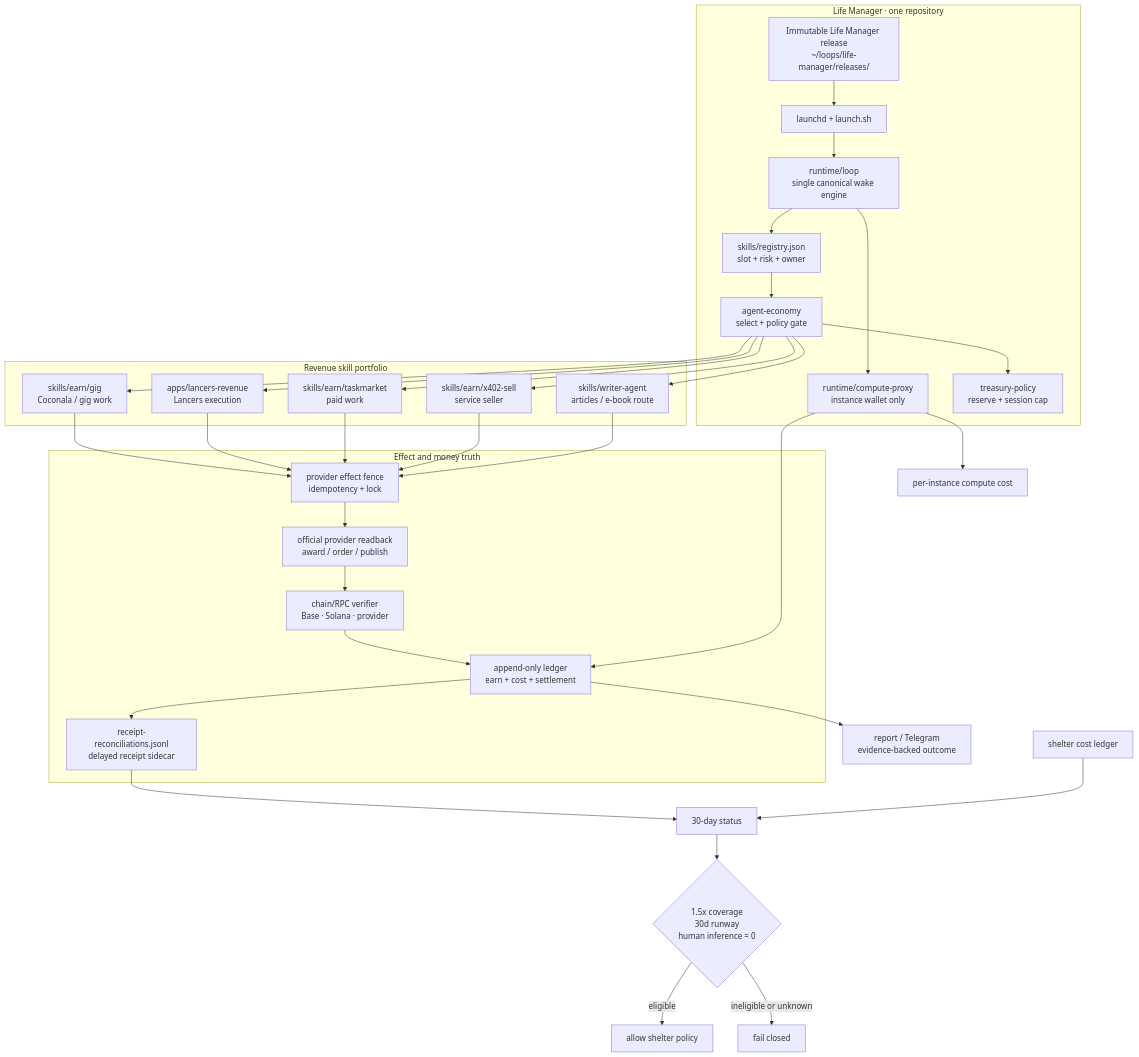
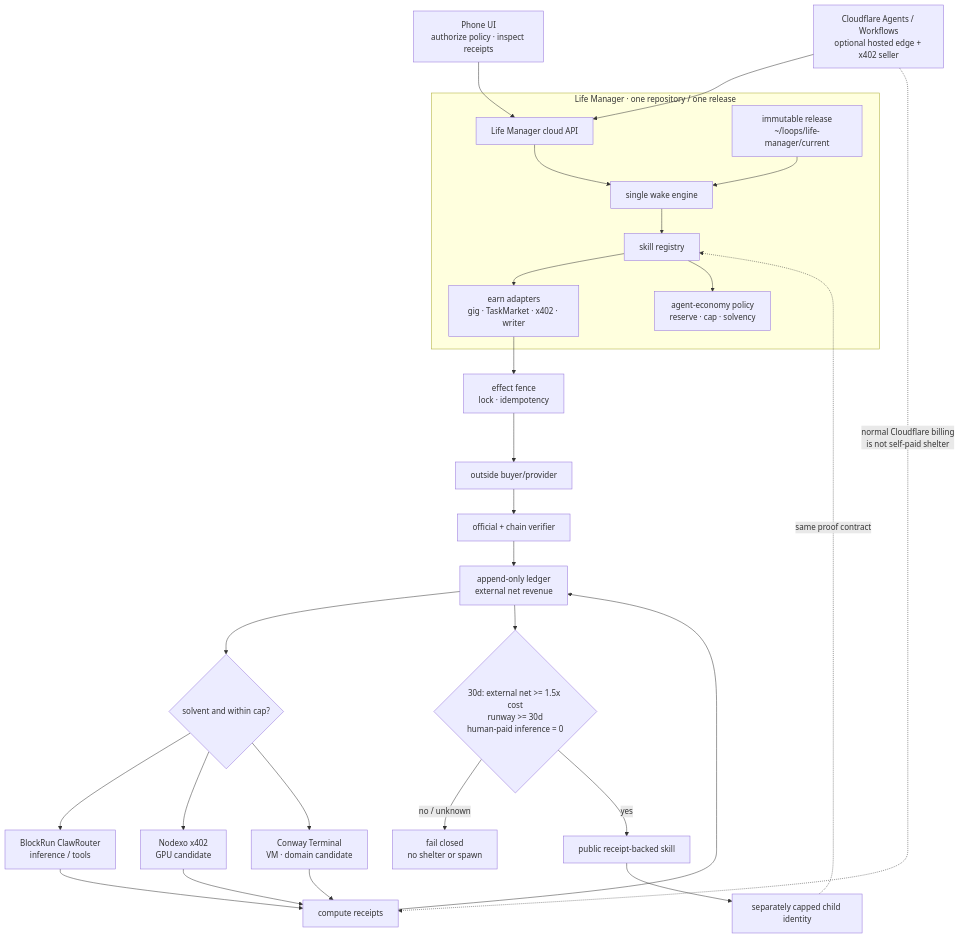
The diagram in docs/superpowers/specs/2026-08-21-agent-economy-design.md (Daisuke134/anicca), drawn with Mermaid before and after one commit. The commit also changed other lines of this file and 1 other file, not shown here.

Commit message:
docs(agent-economy): refresh self-funding strategy

````diff
--- a/docs/superpowers/specs/2026-08-21-agent-economy-design.md
+++ b/docs/superpowers/specs/2026-08-21-agent-economy-design.md
@@ -87,52 +127,35 @@
 ```mermaid
 flowchart TB
-  subgraph CONTROL["Life Manager · one repository"]
-    Release["Immutable Life Manager release<br/>~/loops/life-manager/releases/<sha>"] --> Supervisor["launchd + launch.sh"]
-    Supervisor --> Engine["runtime/loop<br/>single canonical wake engine"]
-    Engine --> Registry["skills/registry.json<br/>slot + risk + owner"]
-    Engine --> Compute["runtime/compute-proxy<br/>instance wallet only"]
-    Registry --> Router["agent-economy<br/>select + policy gate"]
-    Router --> Policy["treasury-policy<br/>reserve + session cap"]
+  Phone["Phone UI<br/>authorize policy · inspect receipts"] --> API["Life Manager cloud API"]
+
+  subgraph LM["Life Manager · one repository / one release"]
+    Release["immutable release<br/>~/loops/life-manager/current"] --> Loop["single wake engine"]
+    API --> Loop
+    Loop --> Registry["skill registry"]
+    Registry --> Earn["earn adapters<br/>gig · TaskMarket · x402 · writer"]
+    Registry --> Policy["agent-economy policy<br/>reserve · cap · solvency"]
   end
 
-  subgraph LANES["Revenue skill portfolio"]
-    Coconala["skills/earn/gig<br/>Coconala / gig work"]
-    Lancers["apps/lancers-revenue<br/>Lancers execution"]
-    TaskMarket["skills/earn/taskmarket<br/>paid work"]
-    X402["skills/earn/x402-sell<br/>service seller"]
-    Writer["skills/writer-agent<br/>articles / e-book route"]
-  end
+  Earn --> Fence["effect fence<br/>lock · idempotency"]
+  Fence --> Buyer["outside buyer/provider"]
+  Buyer --> Verify["official + chain verifier"]
+  Verify --> Ledger["append-only ledger<br/>external net revenue"]
 
-  Router --> Coconala
-  Router --> Lancers
-  Router --> TaskMarket
-  Router --> X402
-  Router --> Writer
+  Ledger --> Gate{"solvent and within cap?"}
+  Gate --> Food["BlockRun ClawRouter<br/>inference / tools"]
+  Gate --> GPU["Nodexo x402<br/>GPU candidate"]
+  Gate --> Shelter["Conway Terminal<br/>VM · domain candidate"]
+  Food --> Costs["compute receipts"]
+  GPU --> Costs
+  Shelter --> Costs
+  Costs --> Ledger
 
-  subgraph PROOF["Effect and money truth"]
-    Fence["provider effect fence<br/>idempotency + lock"]
-    Provider["official provider readback<br/>award / order / publish"]
-    Chain["chain/RPC verifier<br/>Base · Solana · provider"]
-    Ledger["append-only ledger<br/>earn + cost + settlement"]
-    Reconcile["receipt-reconciliations.jsonl<br/>delayed receipt sidecar"]
-  end
+  Ledger --> Graduate{"30d: external net >= 1.5x cost<br/>runway >= 30d<br/>human-paid inference = 0"}
+  Graduate -->|no / unknown| Closed["fail closed<br/>no shelter or spawn"]
+  Graduate -->|yes| Publish["public receipt-backed skill"]
+  Publish --> Child["separately capped child identity"]
+  Child -. same proof contract .-> Registry
 
-  Coconala --> Fence
-  Lancers --> Fence
-  TaskMarket --> Fence
-  X402 --> Fence
-  Writer --> Fence
-  Fence --> Provider
-  Provider --> Chain
-  Chain --> Ledger
-  Compute --> Ledger
-  Ledger --> Reconcile
-  Reconcile --> Status["30-day status"]
-  Ledger --> Report["report / Telegram<br/>evidence-backed outcome"]
-
-  Compute --> Cost["per-instance compute cost"]
-  Shelter["shelter cost ledger"] --> Status
-  Status --> Gate{"1.5x coverage<br/>30d runway<br/>human inference = 0"}
-  Gate -->|eligible| ShelterPay["allow shelter policy"]
-  Gate -->|ineligible or unknown| Block["fail closed"]
+  Edge["Cloudflare Agents / Workflows<br/>optional hosted edge + x402 seller"] --> API
+  Edge -. normal Cloudflare billing<br/>is not self-paid shelter .-> Costs
 ```
````
